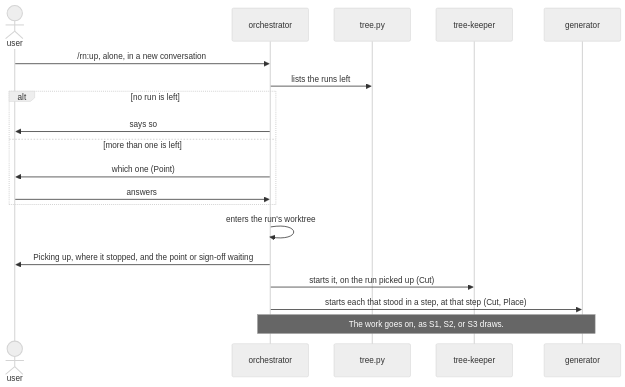
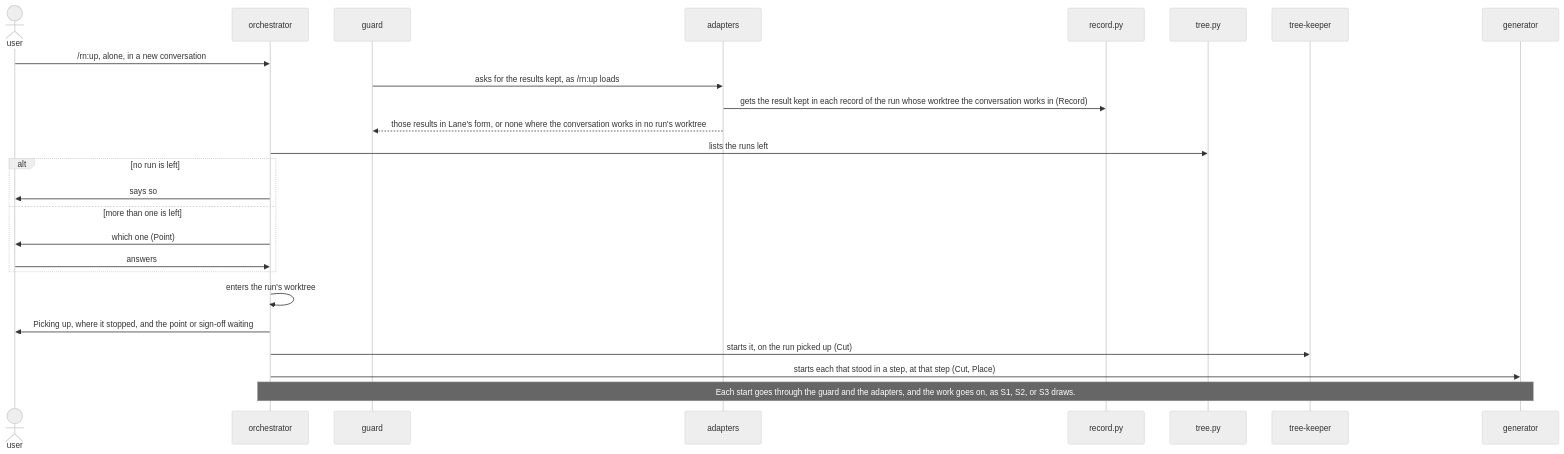
The fifth of 6 diagrams in dev/rn/architecture.md (lovaizu/ccpm), drawn with Mermaid (neutral theme) before and after one commit. The commit also changed other lines of this file and 19 other files, not shown here.

````diff
--- a/dev/rn/architecture.md
+++ b/dev/rn/architecture.md
@@ -405,21 +418,27 @@
 ```mermaid
 sequenceDiagram
   actor U as user
   participant O as orchestrator
+  participant GD as guard
+  participant A as adapters
+  participant R as record.py
   participant T as tree.py
   participant K as tree-keeper
   participant G as generator
   U->>O: /rn:up, alone, in a new conversation
+  GD->>A: asks for the results kept, as /rn:up loads
+  A->>R: gets the result kept in each record of the run whose worktree the conversation works in (Record)
+  A-->>GD: those results in Lane's form, or none where the conversation works in no run's worktree
   O->>T: lists the runs left
   alt no run is left
     O->>U: says so
   else more than one is left
     O->>U: which one (Point)
     U->>O: answers
   end
   O->>O: enters the run's worktree
   O->>U: Picking up, where it stopped, and the point or sign-off waiting
   O->>K: starts it, on the run picked up (Cut)
   O->>G: starts each that stood in a step, at that step (Cut, Place)
-  Note over O,G: The work goes on, as S1, S2, or S3 draws.
+  Note over O,G: Each start goes through the guard and the adapters, and the work goes on, as S1, S2, or S3 draws.
 ```
````
